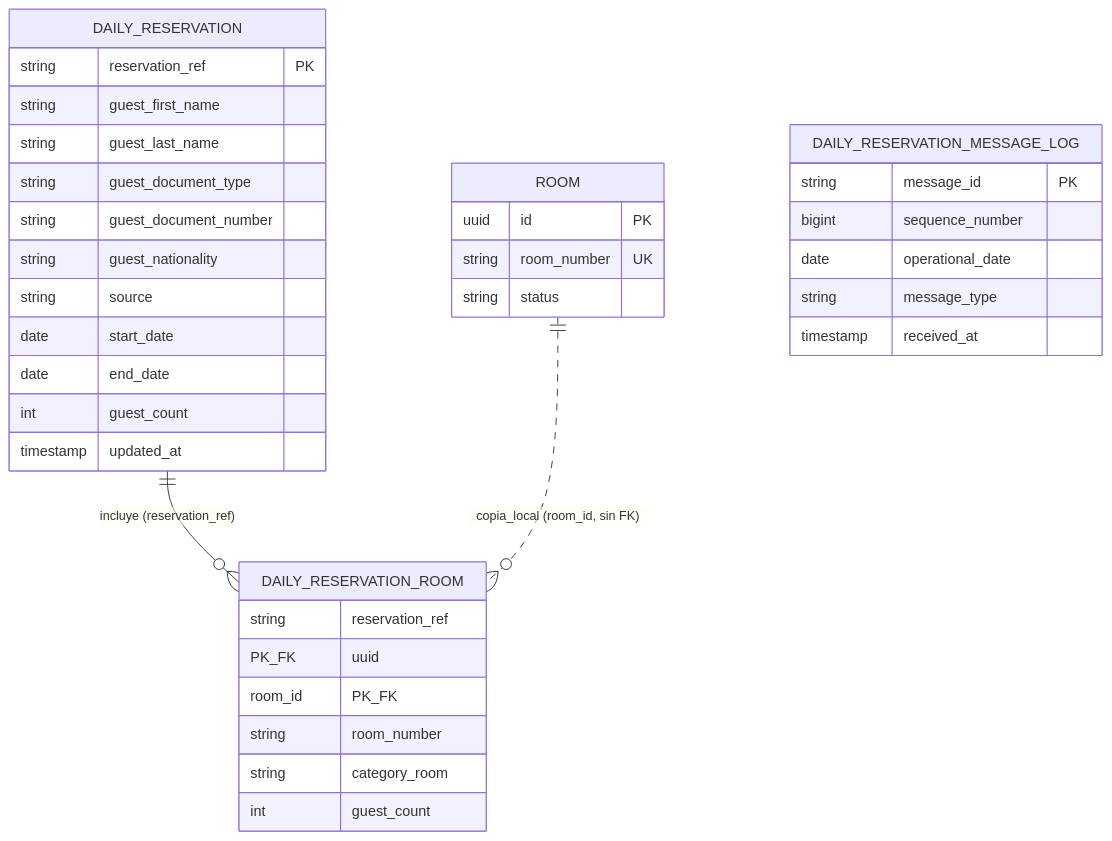
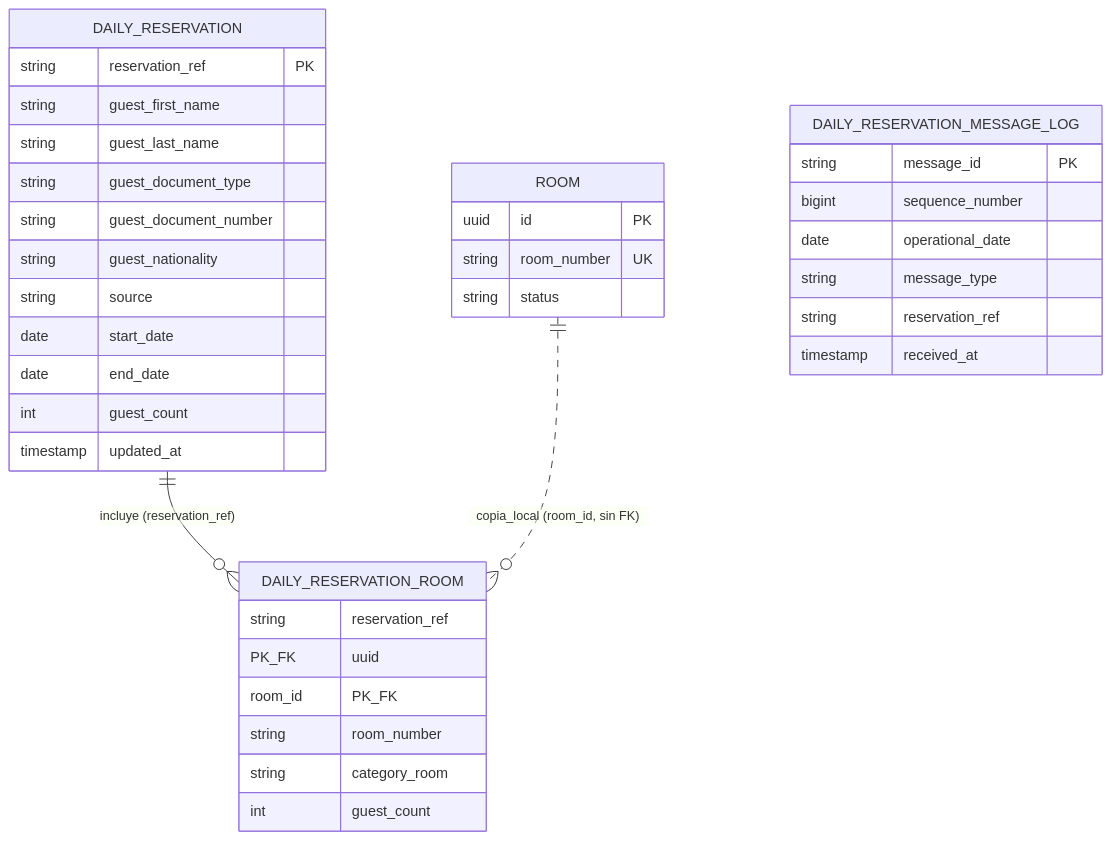
The fifth of 7 diagrams in documentos/diagramas/entidad-relacion.md (MirianMarriaga/hospitua-module-1), drawn with Mermaid before and after one commit. The commit also changed 16 other files, not shown here.

````diff
--- a/documentos/diagramas/entidad-relacion.md
+++ b/documentos/diagramas/entidad-relacion.md
@@ -214,41 +214,42 @@
 ```mermaid
 erDiagram
   DAILY_RESERVATION ||--o{ DAILY_RESERVATION_ROOM : "incluye (reservation_ref)"
   ROOM ||..o{ DAILY_RESERVATION_ROOM              : "copia_local (room_id, sin FK)"
 
   DAILY_RESERVATION {
     string    reservation_ref     PK
     string    guest_first_name
     string    guest_last_name
     string    guest_document_type
     string    guest_document_number
     string    guest_nationality
     string    source
     date      start_date
     date      end_date
     int       guest_count
     timestamp updated_at
   }
 
   DAILY_RESERVATION_ROOM {
     string reservation_ref  PK_FK
     uuid   room_id          PK_FK
     string room_number
     string category_room
     int    guest_count
   }
 
   DAILY_RESERVATION_MESSAGE_LOG {
     string    message_id      PK
     bigint    sequence_number
     date      operational_date
     string    message_type
+    string    reservation_ref
     timestamp received_at
   }
 
   ROOM {
     uuid    id           PK
     string  room_number  UK
     string  status
   }
 ```
````
